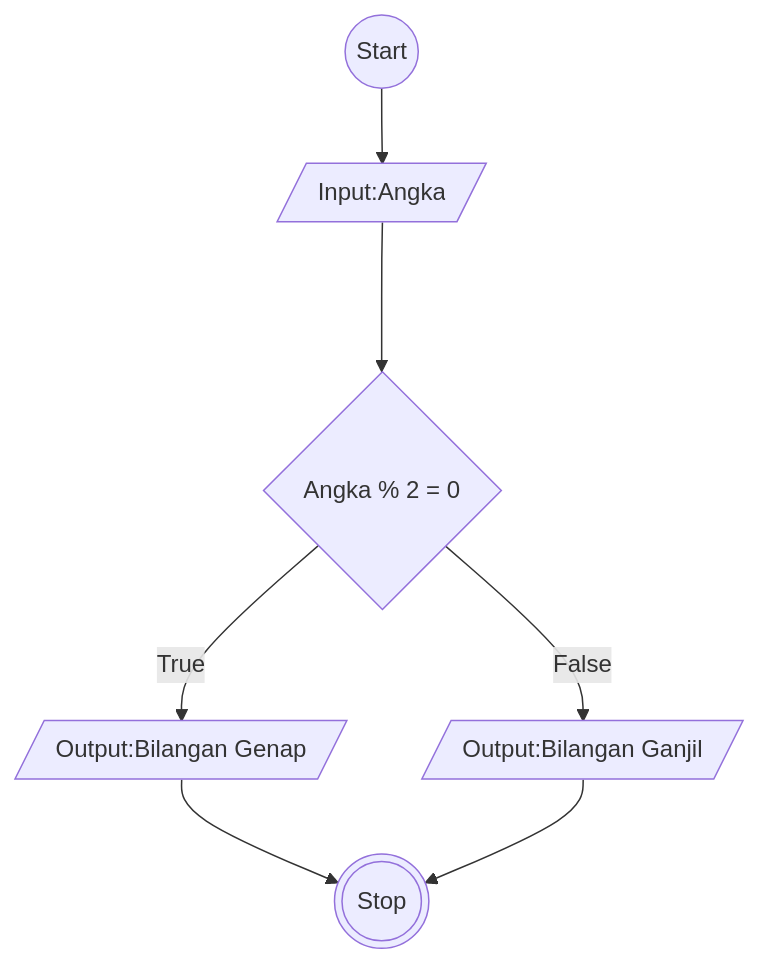
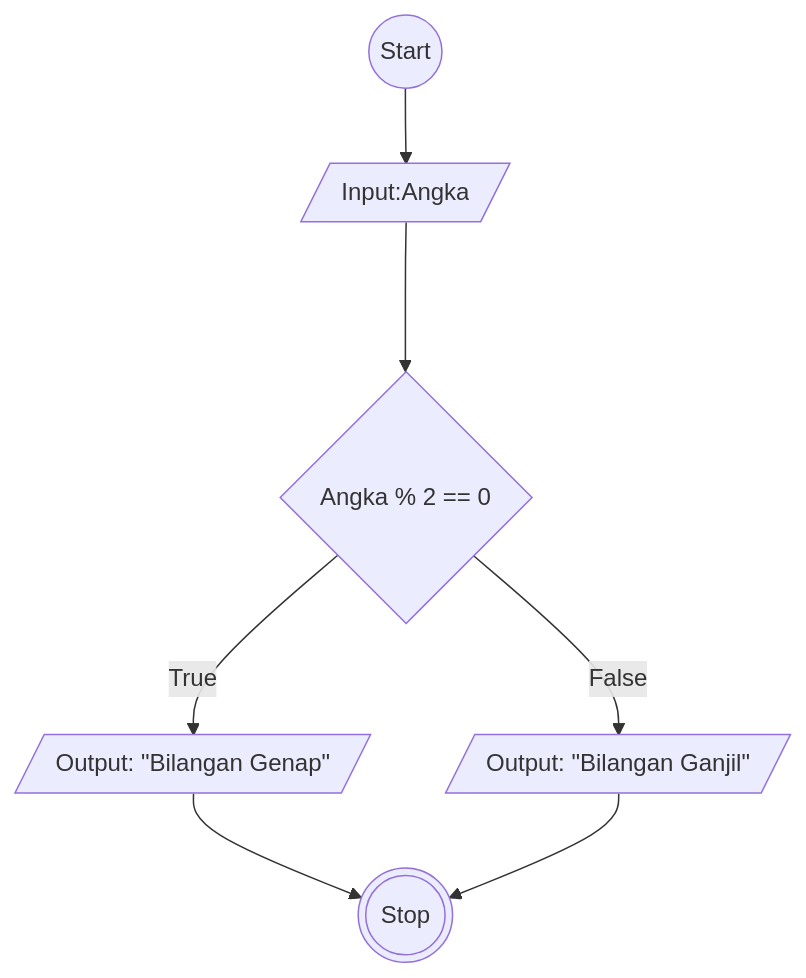
The diagram in Flowchart-ganjil-genap.md (askadiliya/koda-b6-algoritma), drawn with Mermaid before and after one commit.

````diff
--- a/Flowchart-ganjil-genap.md
+++ b/Flowchart-ganjil-genap.md
@@ -4,17 +4,17 @@
 ```mermaid
 flowchart TD
     A@{ shape: circle, label: "Start" }
     B@{ shape: lean-r, label: "Input:Angka" }
-    C@{ shape: diamond, label: "Angka % 2 = 0" }
-    D@{ shape: lean-r, label: "Output:Bilangan Ganjil" }
-    E@{ shape: lean-r, label: "Output:Bilangan Genap" }
+    C@{ shape: diamond, label: "Angka % 2 == 0" }
+    D@{ shape: lean-r, label: 'Output: "Bilangan Ganjil"' } 
+    E@{ shape: lean-r, label: 'Output: "Bilangan Genap"' }
     F@{ shape: dbl-circ, label: "Stop" }
 
     A --> B --->C
     C --True--> E
     C --False--> D
     E-->F
     D-->F
 
     
 ```
````
